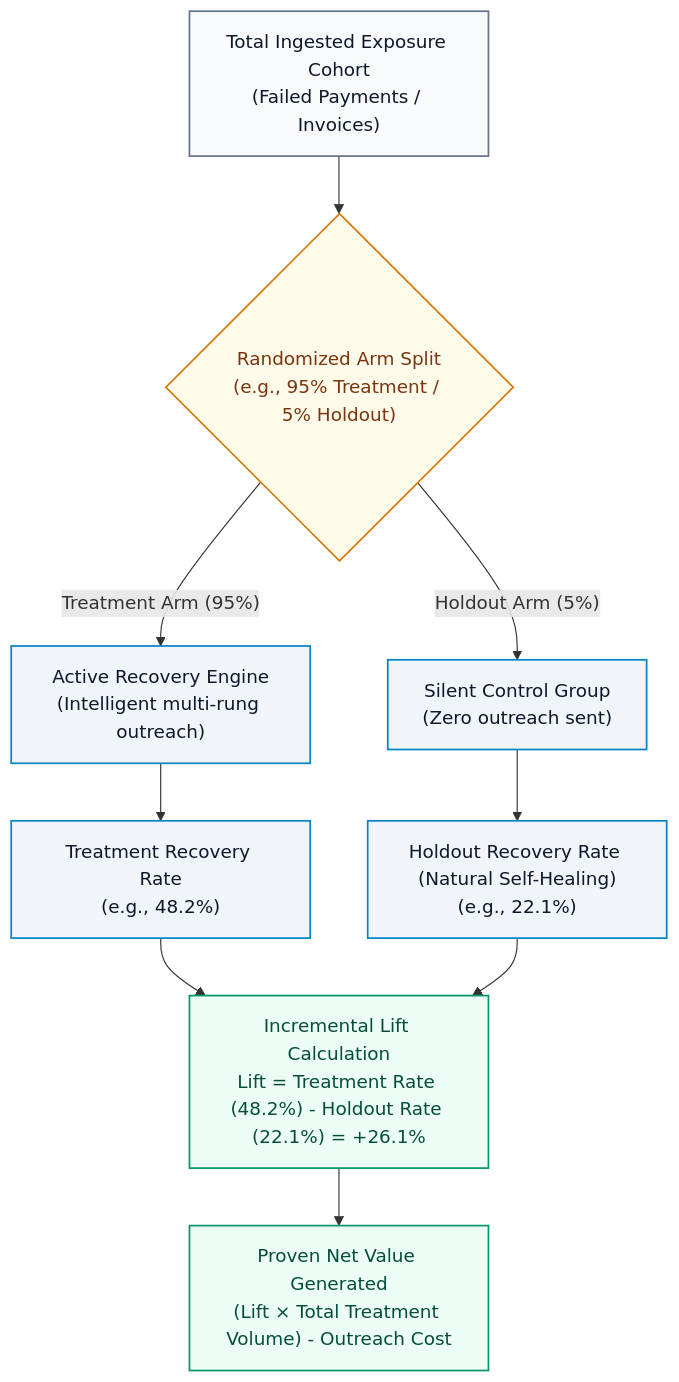
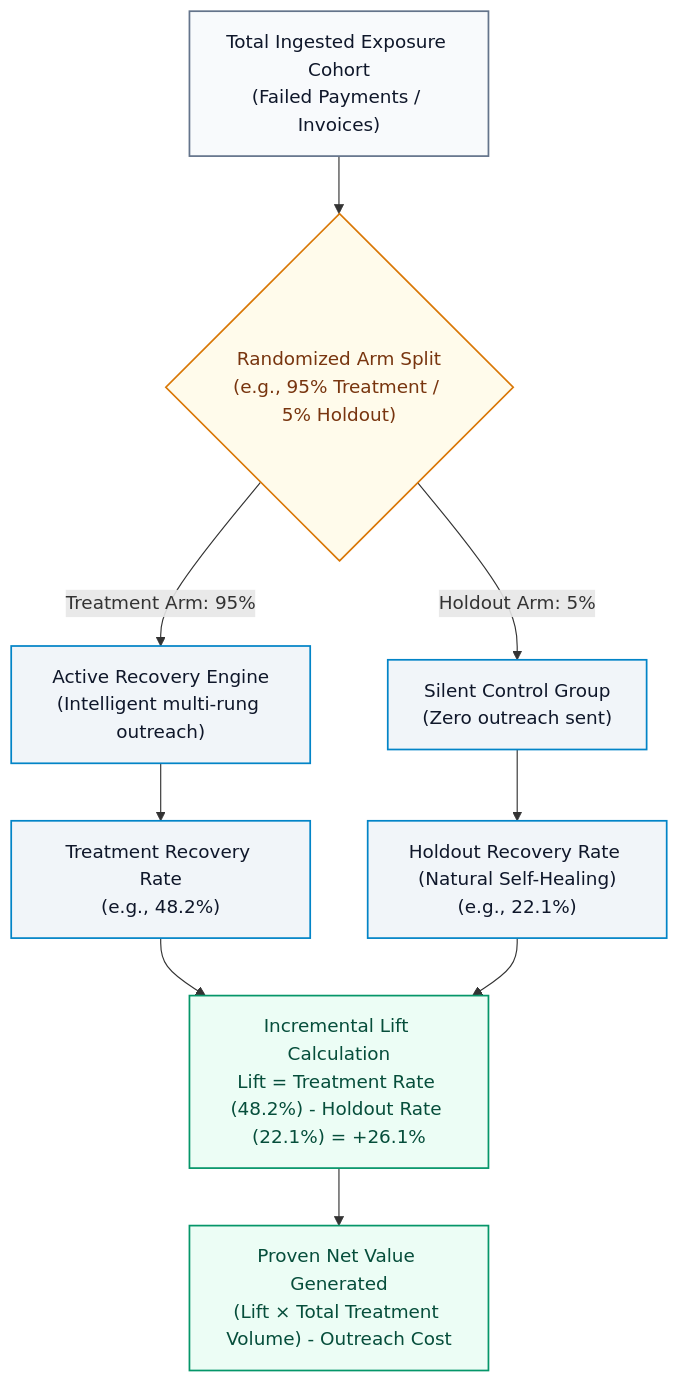
The sixth of 7 diagrams in HOW_IT_WORKS.md (heysagnik/riko), drawn with Mermaid before and after one commit. The commit also changed other lines of this file and 4 other files, not shown here.

Commit message:
docs: add architecture, state machine, and recovery lifecycle SVGs and update documentation links

````diff
--- a/HOW_IT_WORKS.md
+++ b/HOW_IT_WORKS.md
@@ -362,19 +253,19 @@
 ```mermaid
 flowchart TB
     classDef in fill:#f8fafc,stroke:#64748b,stroke-width:1.5px,color:#0f172a
     classDef split fill:#fffbeb,stroke:#d97706,stroke-width:1.5px,color:#78350f
     classDef group fill:#f1f5f9,stroke:#0284c7,stroke-width:1.5px,color:#0f172a
     classDef math fill:#ecfdf5,stroke:#059669,stroke-width:1.5px,color:#064e3b
 
     FAIL["Total Ingested Exposure Cohort\n(Failed Payments / Invoices)"]:::in --> SPLIT{"Randomized Arm Split\n(e.g., 95% Treatment / 5% Holdout)"}:::split
     
-    SPLIT -- "Treatment Arm (95%)" --> TREAT["Active Recovery Engine\n(Intelligent multi-rung outreach)"]:::group
-    SPLIT -- "Holdout Arm (5%)" --> HOLD["Silent Control Group\n(Zero outreach sent)"]:::group
+    SPLIT -->|Treatment Arm: 95%| TREAT["Active Recovery Engine\n(Intelligent multi-rung outreach)"]:::group
+    SPLIT -->|Holdout Arm: 5%| HOLD["Silent Control Group\n(Zero outreach sent)"]:::group
     
     TREAT --> TR_RATE["Treatment Recovery Rate\n(e.g., 48.2%)"]:::group
     HOLD --> HO_RATE["Holdout Recovery Rate (Natural Self-Healing)\n(e.g., 22.1%)"]:::group
     
     TR_RATE & HO_RATE --> LIFT["Incremental Lift Calculation\nLift = Treatment Rate (48.2%) - Holdout Rate (22.1%) = +26.1%"]:::math
     
     LIFT --> ROI["Proven Net Value Generated\n(Lift × Total Treatment Volume) - Outreach Cost"]:::math
 ```
````
